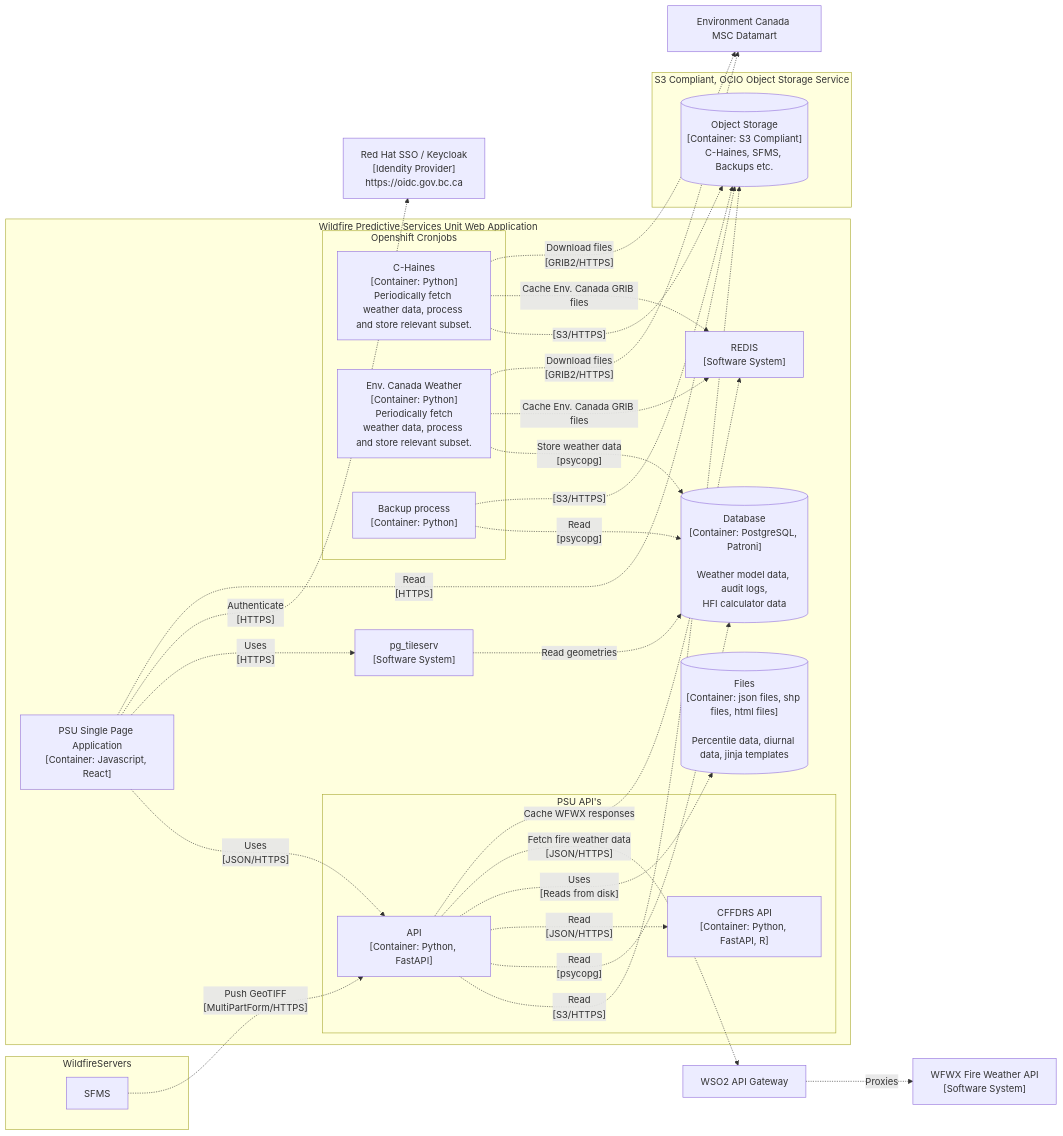
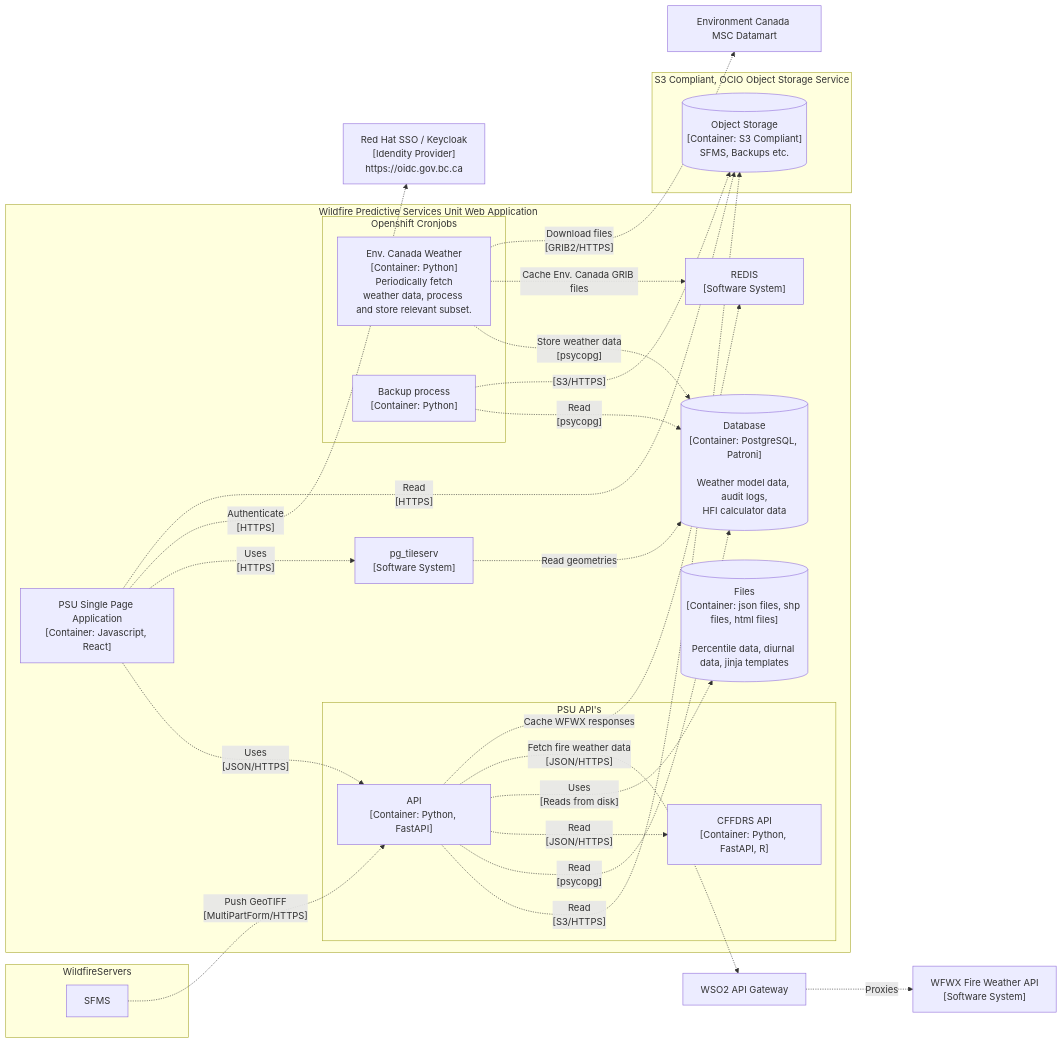
Before and after one commit to bcgov/wps: the diagram in docs/ARCH.md, drawn with Mermaid. The commit also changed 54 other files, not shown here.

````diff
--- a/docs/ARCH.md
+++ b/docs/ARCH.md
@@ -5,65 +5,61 @@
 ```mermaid
 graph LR
 
     datamart["Environment Canada MSC Datamart"]
 
     wf1["WFWX Fire Weather API</br>[Software System]"]
 
     wso2["WSO2 API Gateway"]
 
     sso["Red Hat SSO / Keycloak</br>[Idendity Provider]</br>https://oidc.gov.bc.ca"]
 
     subgraph Wildfire Predictive Services Unit Web Application
         FrontEnd["PSU Single Page Application</br>[Container: Javascript, React]"]
 
         subgraph PSU API's
             API["API</br>[Container: Python, FastAPI]"]
             CFFDRS_API["CFFDRS API</br>[Container: Python, FastAPI, R]"]
         end
 
         pg_tileserv["pg_tileserv</br>[Software System]"]
         redis["REDIS</br>[Software System]"]
 
         subgraph Openshift Cronjobs
-            c-haines["C-Haines</br>[Container: Python]</br>Periodically fetch weather data, process and store relevant subset."]
             env-canada["Env. Canada Weather</br>[Container: Python]</br> Periodically fetch weather data, process and store relevant subset."]
             backup["Backup process</br>[Container: Python]"]
         end
 
         Database[("Database</br>[Container: PostgreSQL, Patroni]</br></br>Weather model data, audit logs,</br>HFI calculator data")]
         Files[("Files</br>[Container: json files, shp files, html files]</br></br>Percentile data, diurnal data, jinja templates")]
 
     end
 
     subgraph "S3 Compliant, OCIO Object Storage Service"
-        s3[("Object Storage</br>[Container: S3 Compliant]</br>C-Haines, SFMS, Backups etc.")]
+        s3[("Object Storage</br>[Container: S3 Compliant]</br>SFMS, Backups etc.")]
     end
 
     subgraph WildfireServers
         SFMS
     end
 
     SFMS-."Push GeoTIFF</br>[MultiPartForm/HTTPS]".->API
 
     API-. "Read</br>[S3/HTTPS]" .->s3
     API-.->|"Read</br>[psycopg]"|Database
     API-.->|"Read</br>[JSON/HTTPS]"|CFFDRS_API
     API-.->|"Uses</br>[Reads from disk]"|Files
     API-. "Fetch fire weather data</br>[JSON/HTTPS]" .->wso2
     API-. "Cache WFWX responses" .->redis
     wso2-. "Proxies" .->wf1
     pg_tileserv-. "Read geometries" .->Database
     FrontEnd-.->|"Uses</br>[JSON/HTTPS]"|API
     FrontEnd-.->|"Uses</br>[HTTPS]"|pg_tileserv
     FrontEnd-. "Authenticate</br>[HTTPS]" .->sso
     FrontEnd-. "Read</br>[HTTPS]" .->s3
-    c-haines-. "[S3/HTTPS]" .->s3
-    c-haines-. "Cache Env. Canada GRIB files" .->redis
-    c-haines-. "Download files</br>[GRIB2/HTTPS]" .->datamart
     env-canada-. "Store weather data</br>[psycopg]" .->Database
     env-canada-. "Cache Env. Canada GRIB files" .->redis
     env-canada-. "Download files</br>[GRIB2/HTTPS]" .->datamart
     backup-. "Read</br>[psycopg]" .->Database
     backup-. "[S3/HTTPS] " .->s3
 
 ```
````
